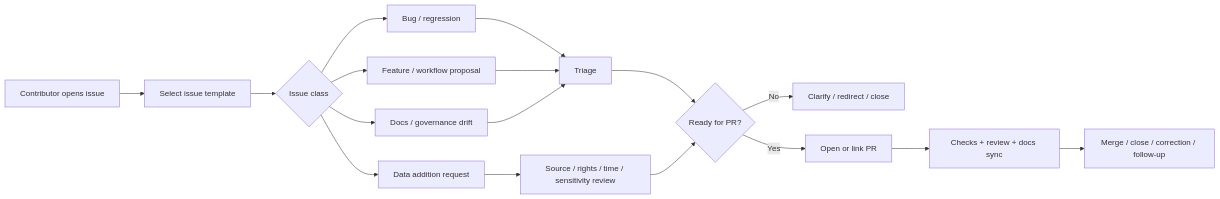
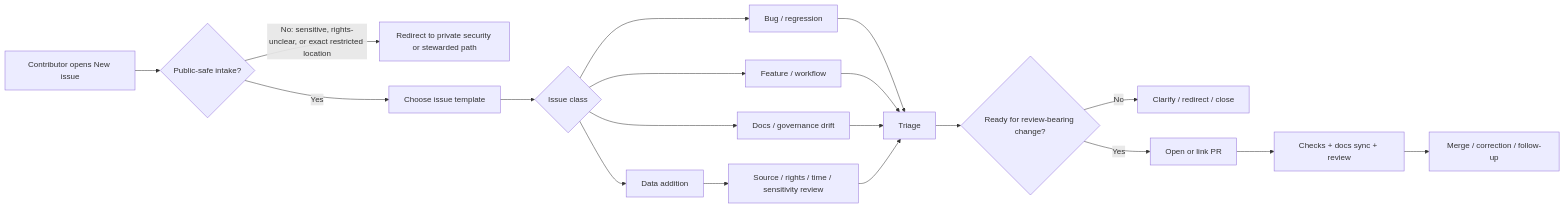
Before and after one commit to bartytime4life/Kansas-Frontier-Matrix: the diagram in .github/ISSUE_TEMPLATE/README.md, drawn with Mermaid. The commit also changed other lines of this file, not shown here.

First line of the commit message:
Revise README for issue templates with updates and clarifications

````diff
--- a/.github/ISSUE_TEMPLATE/README.md
+++ b/.github/ISSUE_TEMPLATE/README.md
@@ -204,24 +232,26 @@
 ```mermaid
 flowchart LR
-    A[Contributor opens issue] --> B[Select issue template]
-    B --> C{Issue class}
+    A[Contributor opens New issue] --> B{Public-safe intake?}
 
-    C --> D[Bug / regression]
-    C --> E[Feature / workflow proposal]
-    C --> F[Data addition request]
-    C --> G[Docs / governance drift]
+    B -- No: sensitive, rights-unclear, or exact restricted location --> C[Redirect to private security or stewarded path]
+    B -- Yes --> D[Choose issue template]
 
-    D --> H[Triage]
-    E --> H
-    G --> H
-    F --> I[Source / rights / time / sensitivity review]
+    D --> E{Issue class}
+    E --> F[Bug / regression]
+    E --> G[Feature / workflow]
+    E --> H[Data addition]
+    E --> I[Docs / governance drift]
 
-    H --> J{Ready for PR?}
-    I --> J
+    H --> J[Source / rights / time / sensitivity review]
+    F --> K[Triage]
+    G --> K
+    I --> K
+    J --> K
 
-    J -- No --> K[Clarify / redirect / close]
-    J -- Yes --> L[Open or link PR]
+    K --> L{Ready for review-bearing change?}
+    L -- No --> M[Clarify / redirect / close]
+    L -- Yes --> N[Open or link PR]
 
-    L --> M[Checks + review + docs sync]
-    M --> N[Merge / close / correction / follow-up]
+    N --> O[Checks + docs sync + review]
+    O --> P[Merge / correction / follow-up]
 ```
````
